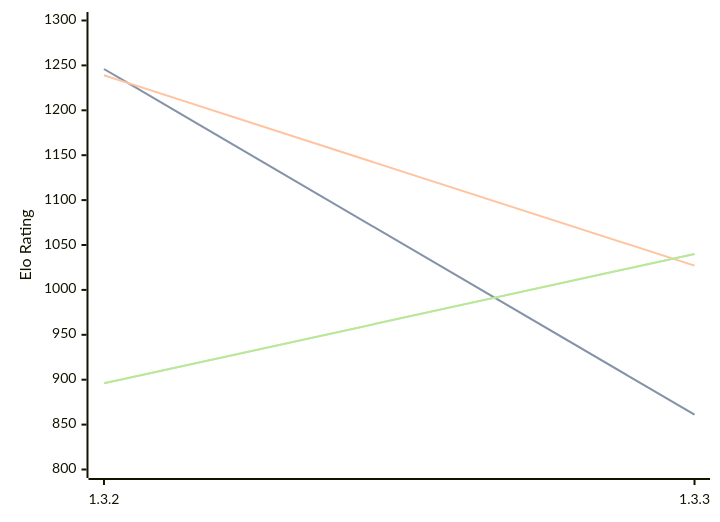
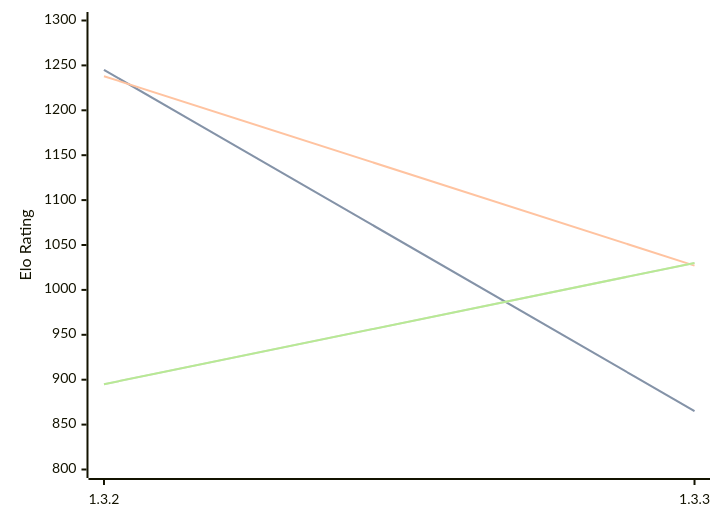
One commit to computer-chess-index/cci changed the diagram in engines/Whitespine.md. Above: the diagram before and after it, drawn with Mermaid. The commit also changed other lines of this file, not shown here.

Commit message:
Update CCI Ratings (ELO VLTC) - 2026-04-27

````diff
--- a/engines/Whitespine.md
+++ b/engines/Whitespine.md
@@ -35,11 +35,11 @@
 ```mermaid
 %%{init: {"theme":"base","themeVariables":{"seriesColors:['#a3a3a3','#222221','#faa371']}}}%%
 xychart-beta
   x-axis ["1.3.2", "1.3.3"]
   y-axis "Elo Rating" 800 --> 1300
-  line "STC (8.0+0.08s)" [1246, 861]
-  line "STC (8.0+0.08s)" [1246, 861]
-  line "LTC (60.0+0.60s)" [1239, 1027]
-  line "VLTC (2m24s+1.12s)" [896, 1040]
-  line "VLTC (2m24s+1.12s)" [896, 1040]
+  line "STC (8.0+0.08s)" [1245, 865]
+  line "STC (8.0+0.08s)" [1245, 865]
+  line "LTC (60.0+0.60s)" [1238, 1027]
+  line "VLTC (2m24s+1.12s)" [895, 1030]
+  line "VLTC (2m24s+1.12s)" [895, 1030]
 ```
````
